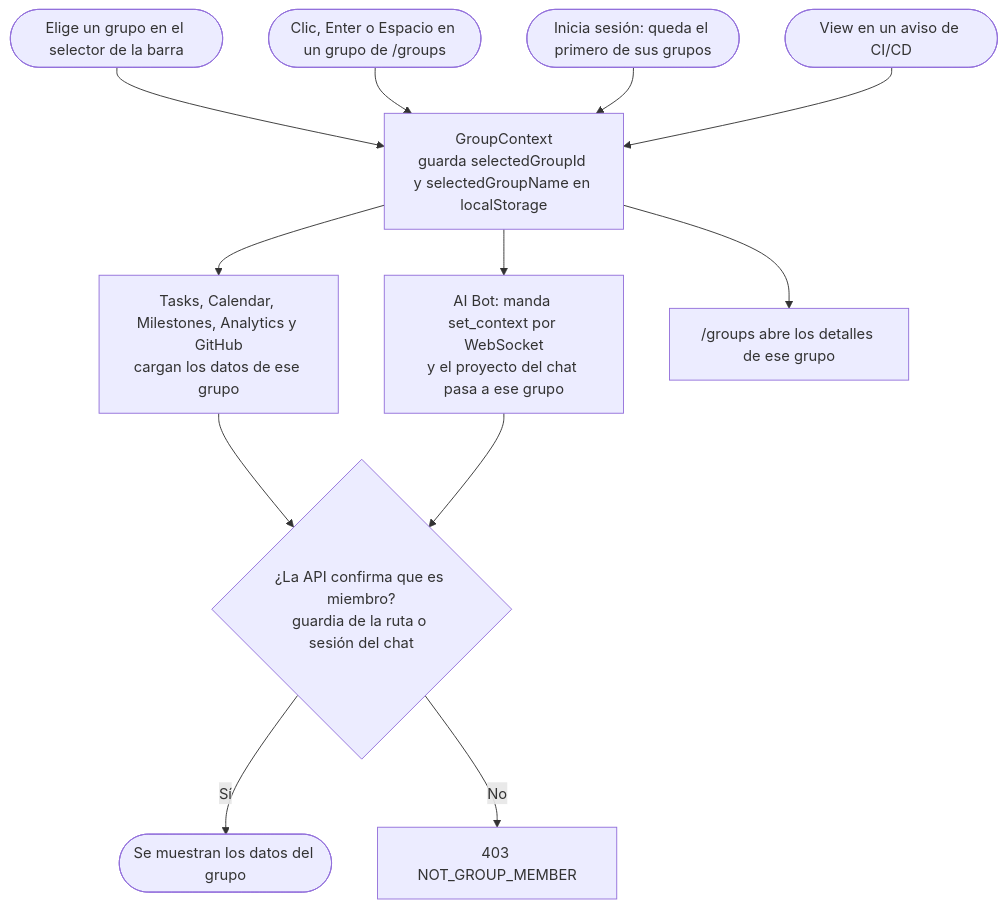
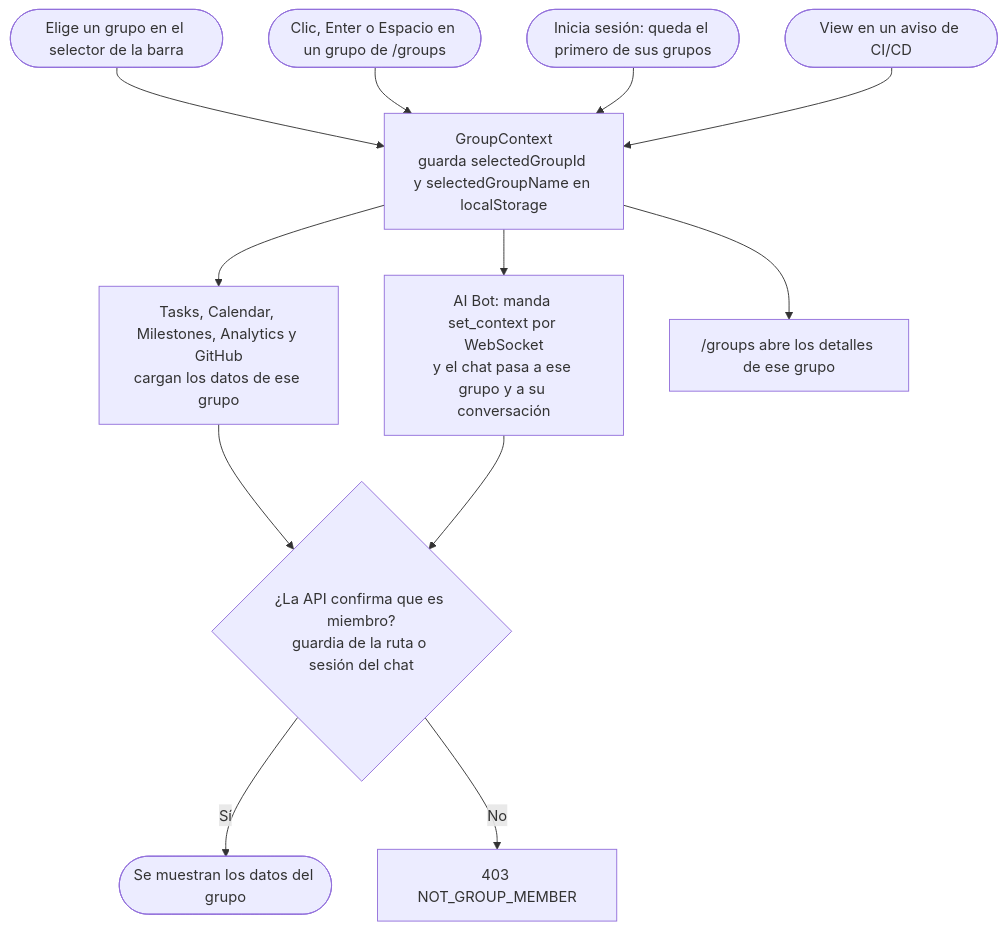
One commit to PabloP150/proyecto-is-cc6 changed the second of 4 diagrams in documentacion/06-flujos/02-grupos-y-roles.md. Above: the diagram before and after it, drawn with Mermaid. The commit also changed other lines of this file and 40 other files, not shown here.

````diff
--- a/documentacion/06-flujos/02-grupos-y-roles.md
+++ b/documentacion/06-flujos/02-grupos-y-roles.md
@@ -38,14 +38,14 @@
 ```mermaid
 flowchart TD
     NAV(["Elige un grupo en el selector de la barra"]) --> CTX["GroupContext<br/>guarda selectedGroupId y selectedGroupName en localStorage"]
     GV(["Clic, Enter o Espacio en un grupo de /groups"]) --> CTX
     LOG(["Inicia sesión: queda el primero de sus grupos"]) --> CTX
     AV(["View en un aviso de CI/CD"]) --> CTX
     CTX --> PAG["Tasks, Calendar, Milestones, Analytics y GitHub<br/>cargan los datos de ese grupo"]
-    CTX --> CHAT["AI Bot: manda set_context por WebSocket<br/>y el proyecto del chat pasa a ese grupo"]
+    CTX --> CHAT["AI Bot: manda set_context por WebSocket<br/>y el chat pasa a ese grupo y a su conversación"]
     CTX --> GRP["/groups abre los detalles de ese grupo"]
     PAG --> CHK{"¿La API confirma que es miembro?<br/>guardia de la ruta o sesión del chat"}
     CHAT --> CHK
     CHK -->|"Sí"| OK(["Se muestran los datos del grupo"])
     CHK -->|"No"| E403["403 NOT_GROUP_MEMBER"]
 ```
````
